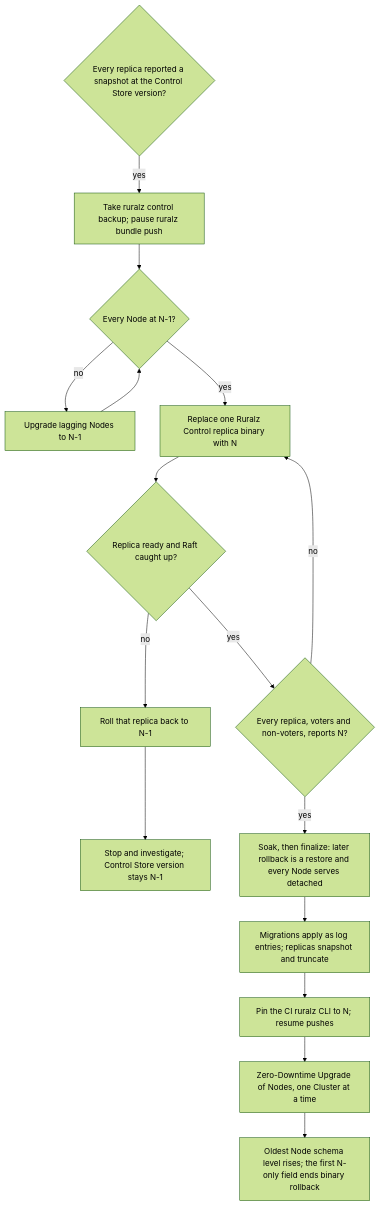
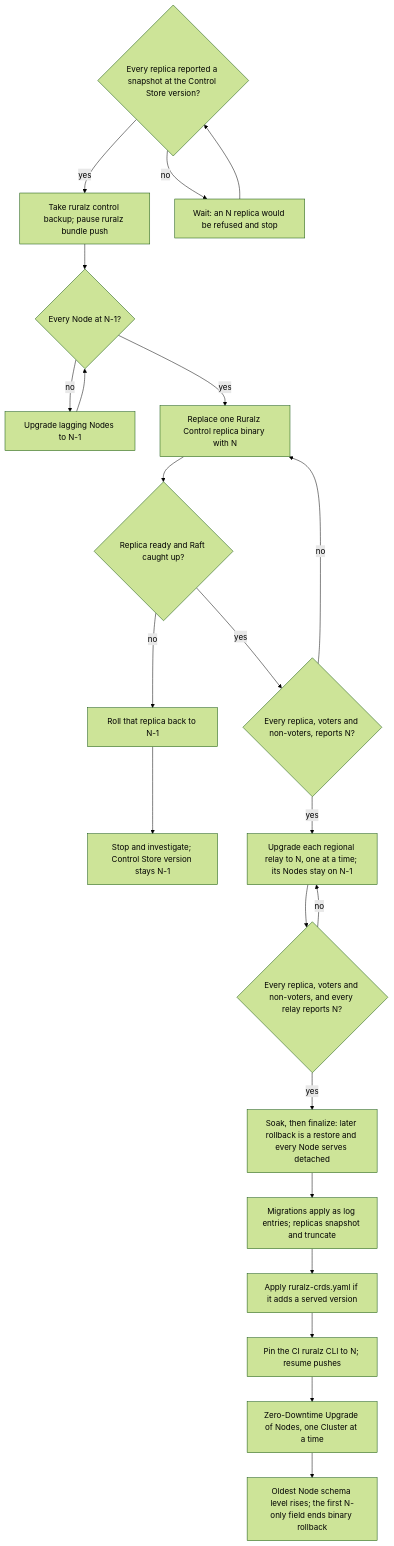
The second of 3 diagrams in docs/engineering/04-release-versioning-and-compatibility.md (ravindu-rev/ruralz), drawn with Mermaid (forest theme) before and after one commit. The commit also changed other lines of this file and 18 other files, not shown here.

````diff
--- a/docs/engineering/04-release-versioning-and-compatibility.md
+++ b/docs/engineering/04-release-versioning-and-compatibility.md
@@ -193,32 +193,42 @@
 ```mermaid
 flowchart TD
     p{"Every replica reported a snapshot at the Control Store version?"}
     a["Take ruralz control backup; pause ruralz bundle push"]
     b{"Every Node at N-1?"}
     c["Upgrade lagging Nodes to N-1"]
     d["Replace one Ruralz Control replica binary with N"]
     e{"Replica ready and Raft caught up?"}
     f["Roll that replica back to N-1"]
     s["Stop and investigate; Control Store version stays N-1"]
+    w["Wait: an N replica would be refused and stop"]
     g{"Every replica, voters and non-voters, reports N?"}
+    r["Upgrade each regional relay to N, one at a time; its Nodes stay on N-1"]
+    t{"Every replica, voters and non-voters, and every relay reports N?"}
     h["Soak, then finalize: later rollback is a restore and every Node serves detached"]
     m["Migrations apply as log entries; replicas snapshot and truncate"]
+    q["Apply ruralz-crds.yaml if it adds a served version"]
     i["Pin the CI ruralz CLI to N; resume pushes"]
     j["Zero-Downtime Upgrade of Nodes, one Cluster at a time"]
     k["Oldest Node schema level rises; the first N-only field ends binary rollback"]
     p -- "yes" --> a
+    p -- "no" --> w
+    w --> p
     a --> b
     b -- "no" --> c
     c --> b
     b -- "yes" --> d
     d --> e
     e -- "no" --> f
     f --> s
     e -- "yes" --> g
     g -- "no" --> d
-    g -- "yes" --> h
+    g -- "yes" --> r
+    r --> t
+    t -- "no" --> r
+    t -- "yes" --> h
     h --> m
-    m --> i
+    m --> q
+    q --> i
     i --> j
     j --> k
 ```
````
